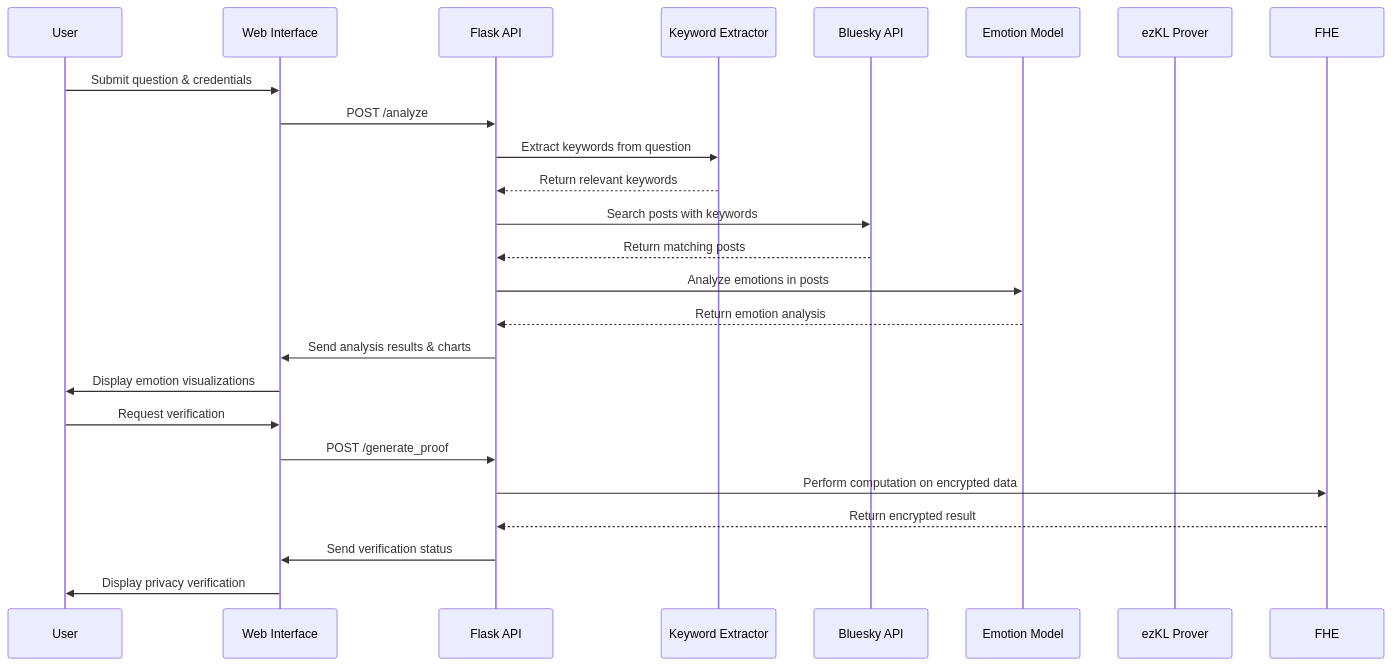
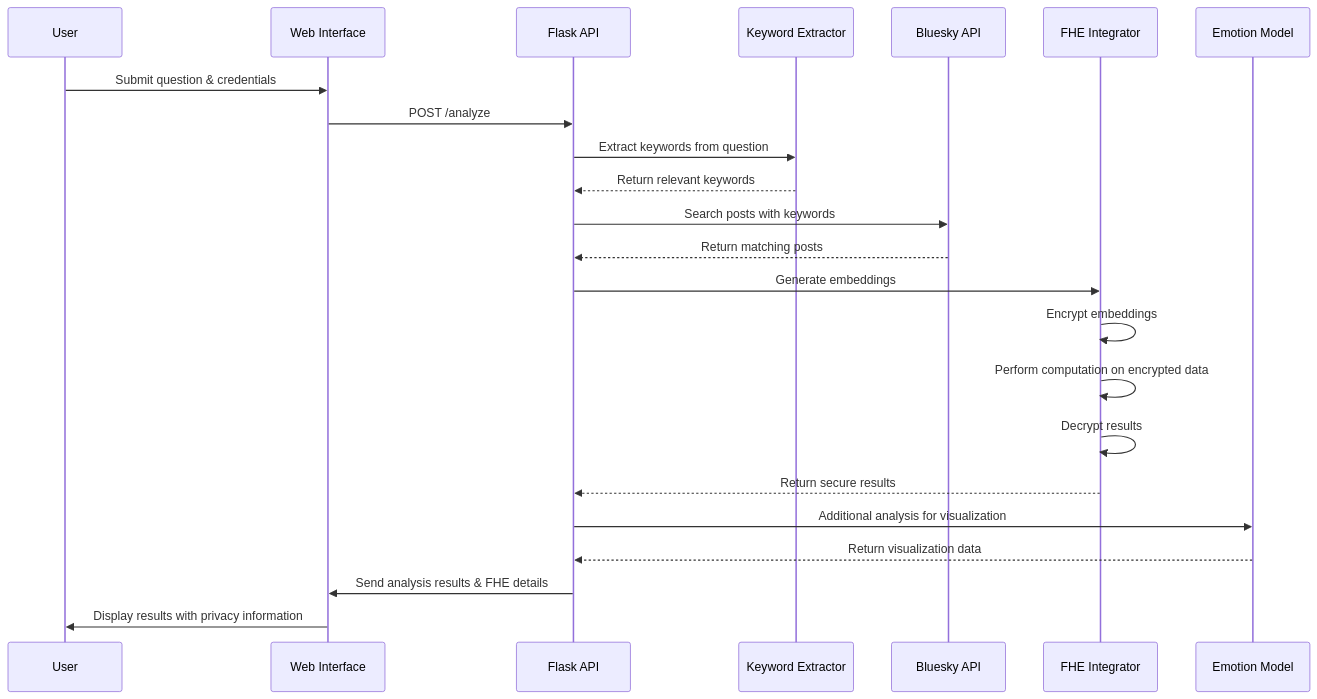
One commit to aka-0x4C3DD/encode-zkML-bootcamp-project changed the second of 2 diagrams in README.md. Above: the diagram before and after it, drawn with Mermaid. The commit also changed other lines of this file, not shown here.

````diff
--- a/README.md
+++ b/README.md
@@ -85,28 +98,26 @@
 ```mermaid
 sequenceDiagram
     participant User
     participant WebUI as Web Interface
     participant API as Flask API
     participant NLP as Keyword Extractor
     participant BSky as Bluesky API
+    participant FHE as FHE Integrator
     participant Model as Emotion Model
-    participant ZKP as ezKL Prover
 
     User->>WebUI: Submit question & credentials
     WebUI->>API: POST /analyze
     API->>NLP: Extract keywords from question
     NLP-->>API: Return relevant keywords
     API->>BSky: Search posts with keywords
     BSky-->>API: Return matching posts
-    API->>Model: Analyze emotions in posts
-    Model-->>API: Return emotion analysis
-    API->>WebUI: Send analysis results & charts
-    WebUI->>User: Display emotion visualizations
-
-    User->>WebUI: Request verification
-    WebUI->>API: POST /generate_proof
-    API->>FHE: Perform computation on encrypted data
-    FHE-->>API: Return encrypted result
-    API->>WebUI: Send verification status
-    WebUI->>User: Display privacy verification
+    API->>FHE: Generate embeddings
+    FHE->>FHE: Encrypt embeddings
+    FHE->>FHE: Perform computation on encrypted data
+    FHE->>FHE: Decrypt results
+    FHE-->>API: Return secure results
+    API->>Model: Additional analysis for visualization
+    Model-->>API: Return visualization data
+    API->>WebUI: Send analysis results & FHE details
+    WebUI->>User: Display results with privacy information
 ```
````
